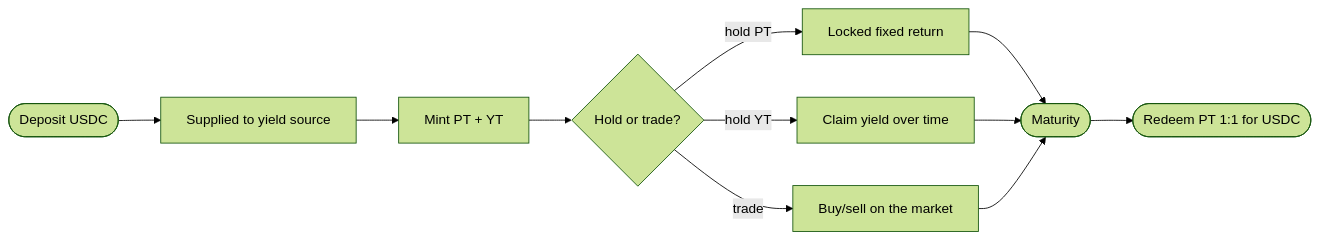
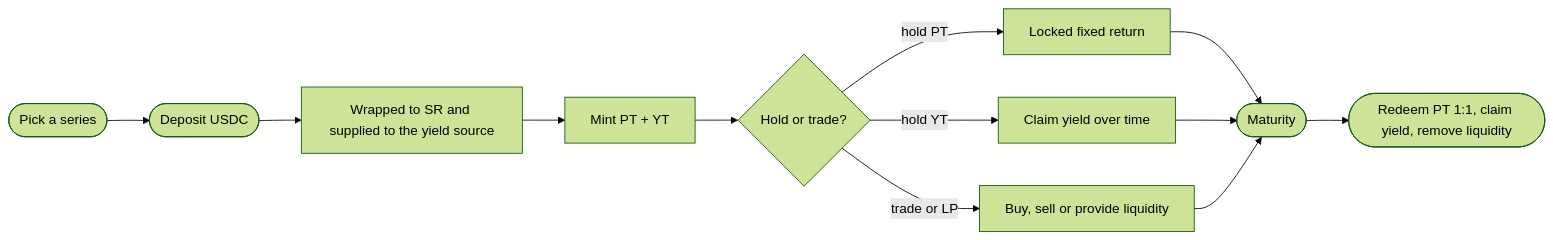
One commit to Suryashish/spield-docs changed the diagram in content/docs/how-it-works/lifecycle.mdx. Above: the diagram before and after it, drawn with Mermaid (forest theme). The commit also changed other lines of this file and 56 other files, not shown here.

````diff
--- a/content/docs/how-it-works/lifecycle.mdx
+++ b/content/docs/how-it-works/lifecycle.mdx
@@ -15,13 +15,14 @@
 ```mermaid
 flowchart LR
-  A([Deposit USDC]) --> B[Supplied to yield source]
-  B --> C[Mint PT + YT]
-  C --> D{Hold or trade?}
-  D -->|hold PT| E[Locked fixed return]
-  D -->|hold YT| F[Claim yield over time]
-  D -->|trade| G[Buy/sell on the market]
-  E --> H([Maturity])
-  F --> H
-  G --> H
-  H --> I([Redeem PT 1:1 for USDC])
+  A([Pick a series]) --> B([Deposit USDC])
+  B --> C[Wrapped to SR and supplied to the yield source]
+  C --> D[Mint PT + YT]
+  D --> E{Hold or trade?}
+  E -->|hold PT| F[Locked fixed return]
+  E -->|hold YT| G[Claim yield over time]
+  E -->|trade or LP| H[Buy, sell or provide liquidity]
+  F --> M([Maturity])
+  G --> M
+  H --> M
+  M --> R([Redeem PT 1:1, claim yield, remove liquidity])
 ```
````
